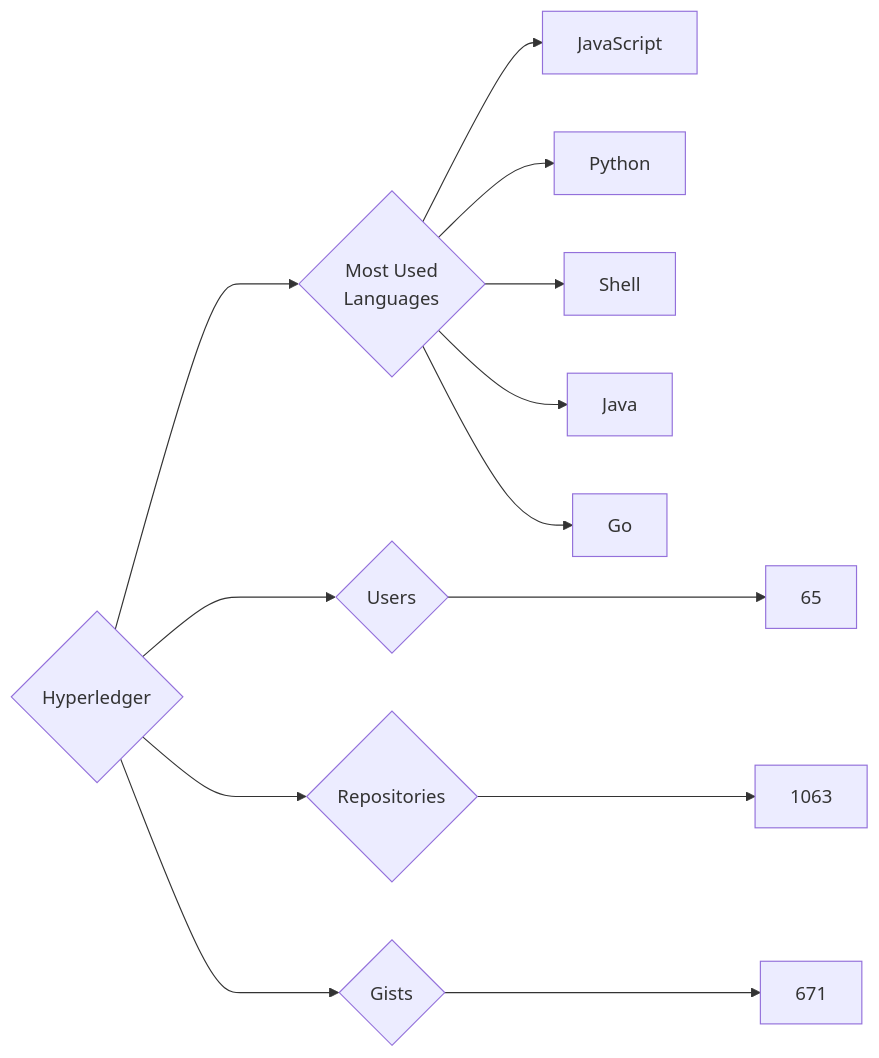
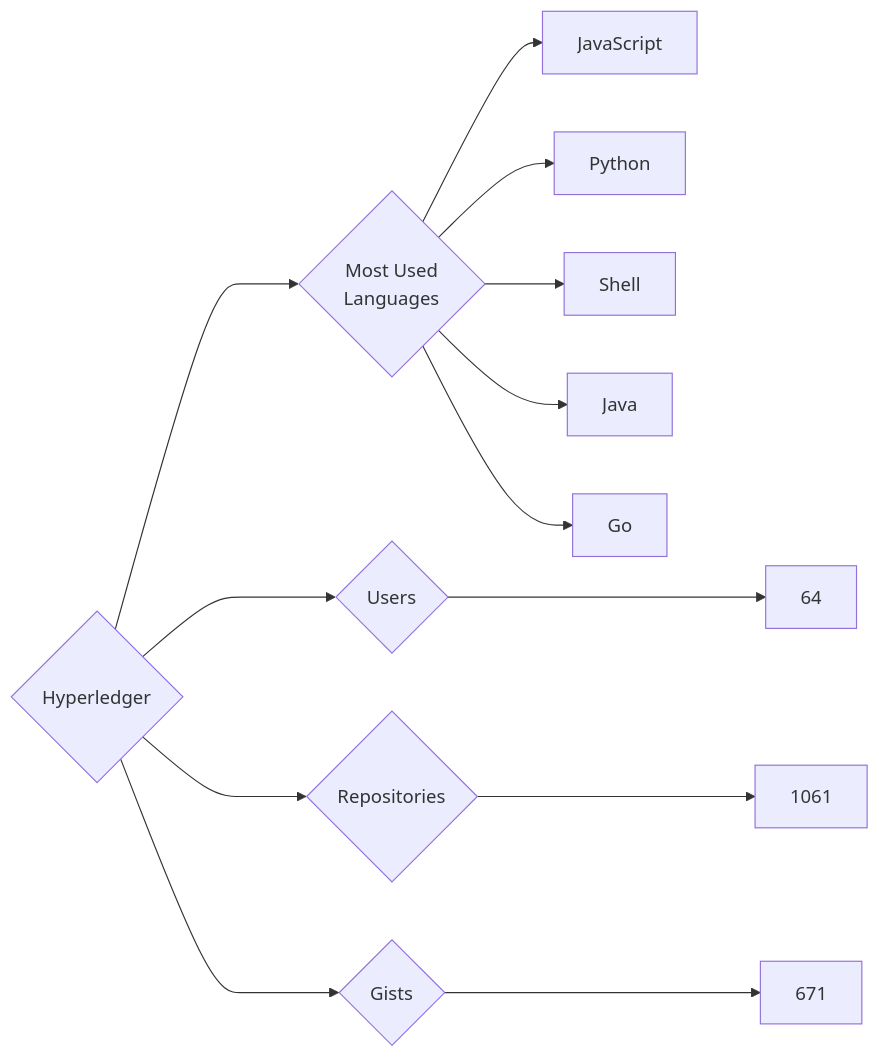
One commit to trickest/insiders changed the diagram in targets/Hyperledger/README.md. Above: the diagram before and after it, drawn with Mermaid. The commit also changed 861 other files, not shown here.

````diff
--- a/targets/Hyperledger/README.md
+++ b/targets/Hyperledger/README.md
@@ -3,13 +3,13 @@
 ```mermaid
 graph LR
 COMPANY_NAME{Hyperledger}
-COMPANY_NAME ---> U{Users} ---> UN[65]
-COMPANY_NAME ---> R{Repositories} ---> RN[1063]
+COMPANY_NAME ---> U{Users} ---> UN[64]
+COMPANY_NAME ---> R{Repositories} ---> RN[1061]
 COMPANY_NAME ---> G{Gists} ---> GN[671]
 COMPANY_NAME ---> ML{Most Used<br>Languages}
 ML --> JavaScript[JavaScript]
 ML --> Python[Python]
 ML --> Shell[Shell]
 ML --> Java[Java]
 ML --> Go[Go]
 ```
````
